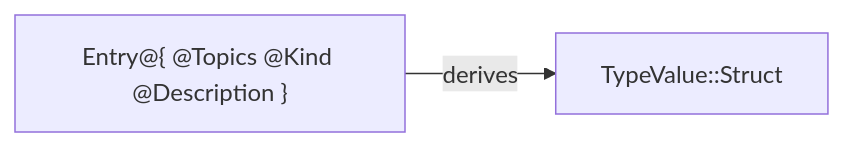
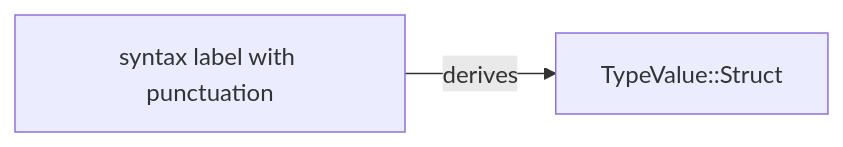
The fifth of 14 diagrams in skills/mermaid.md (LiGoldragon/primary), drawn with Mermaid before and after one commit. The commit also changed other lines of this file and 7 other files, not shown here.

Commit message:
operator: document strict schema syntax closure

````diff
--- a/skills/mermaid.md
+++ b/skills/mermaid.md
@@ -262,6 +262,6 @@
 ```mermaid
 flowchart LR
-    entry["Entry@{ @Topics @Kind @Description }"]
+    entry["syntax label with punctuation"]
     lowered["TypeValue::Struct"]
     entry -->|derives| lowered
 ```
````
